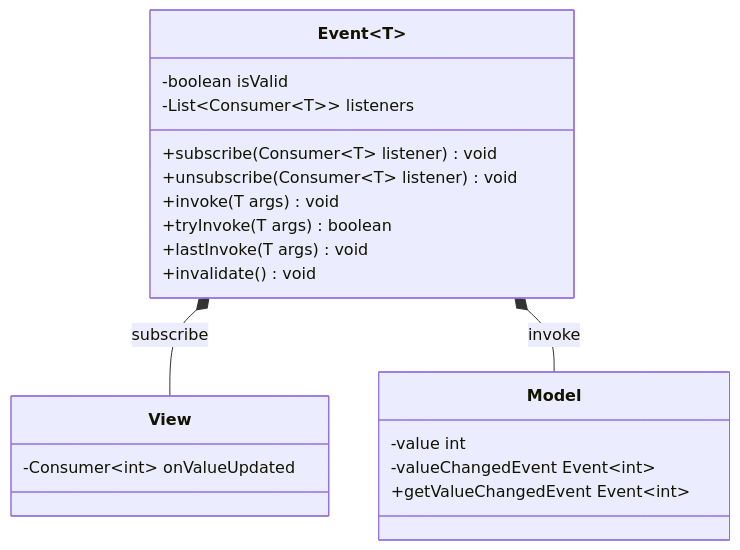
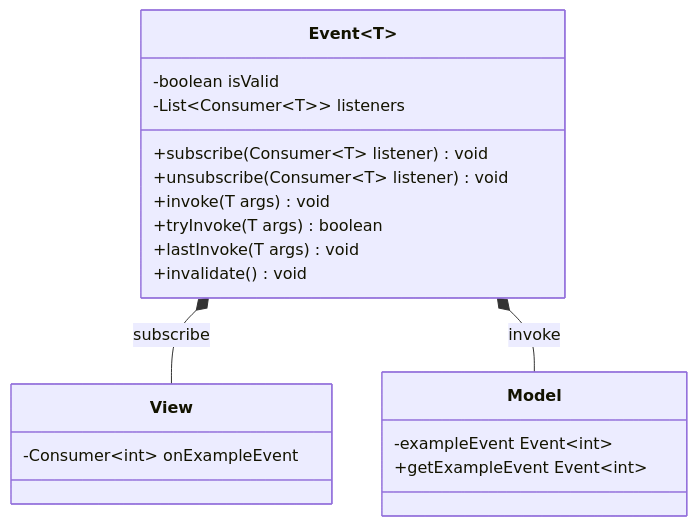
The diagram in report/diagrams/Event.md (thunderingmarmot/OOP23-objectonepiece), drawn with Mermaid before and after one commit.

````diff
--- a/report/diagrams/Event.md
+++ b/report/diagrams/Event.md
@@ -1,25 +1,24 @@
 ```mermaid
 classDiagram
 
 class View
-View : -Consumer~int~ onValueUpdated
+View : -Consumer~int~ onExampleEvent
 
 Event~T~ *-- View : subscribe
 
 class Event~T~
 Event : -boolean isValid
 Event : -List~Consumer~T~~ listeners
 Event : +subscribe(Consumer~T~ listener) void
 Event : +unsubscribe(Consumer~T~ listener) void
 Event : +invoke(T args) void
 Event : +tryInvoke(T args) boolean
 Event : +lastInvoke(T args) void
 Event : +invalidate() void
 
 Event~T~ *-- Model : invoke
 
 class Model
-Model : -value int
-Model : -valueChangedEvent Event~int~
-Model : +getValueChangedEvent Event~int~
+Model : -exampleEvent Event~int~
+Model : +getExampleEvent Event~int~
 ```
````
